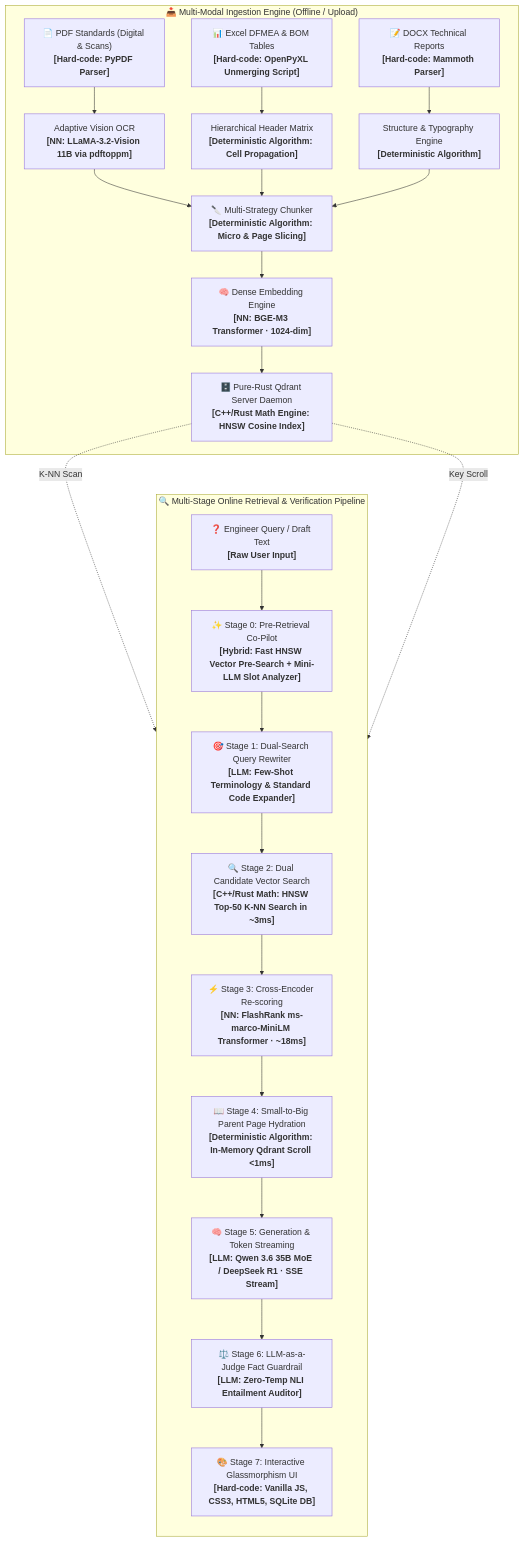
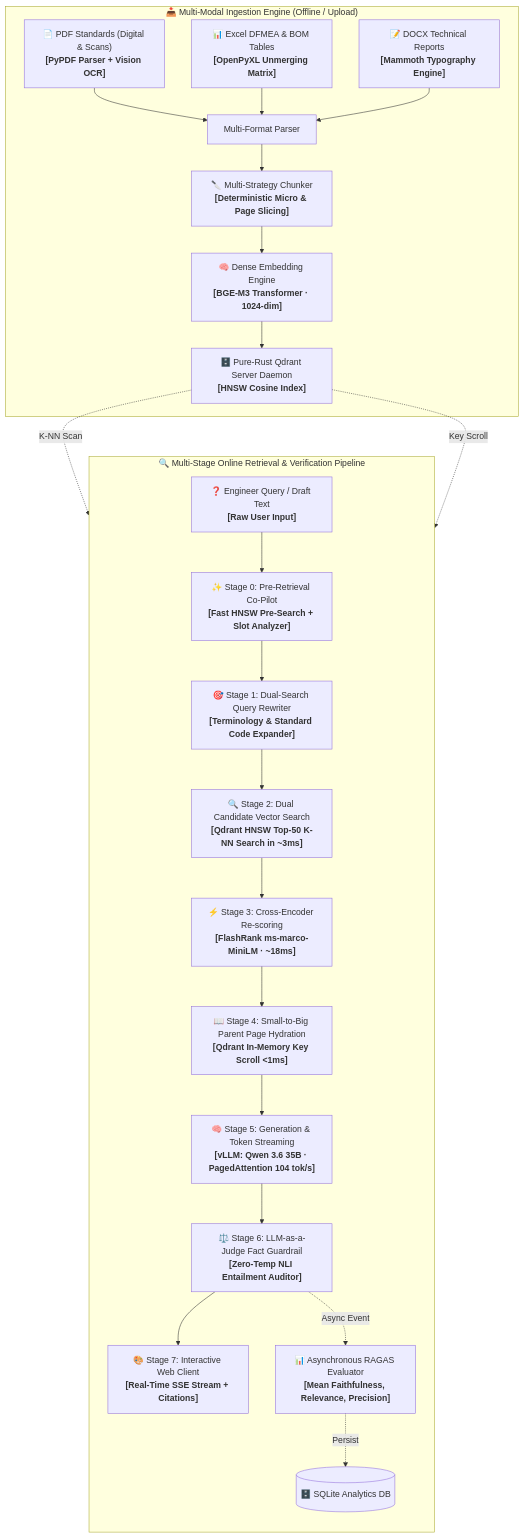
The diagram in README.md (Dynobite/Gas_Enterprise_RAG_Engine), drawn with Mermaid before and after one commit. The commit also changed other lines of this file and 9 other files, not shown here.

````diff
--- a/README.md
+++ b/README.md
@@ -46,33 +84,36 @@
 ```mermaid
 flowchart TD
     subgraph INGESTION ["📥 Multi-Modal Ingestion Engine (Offline / Upload)"]
-        PDF["📄 PDF Standards (Digital & Scans)<br/><b>[Hard-code: PyPDF Parser]</b>"] --> OCR["Adaptive Vision OCR<br/><b>[NN: LLaMA-3.2-Vision 11B via pdftoppm]</b>"]
-        XLS["📊 Excel DFMEA & BOM Tables<br/><b>[Hard-code: OpenPyXL Unmerging Script]</b>"] --> UNMERGE["Hierarchical Header Matrix<br/><b>[Deterministic Algorithm: Cell Propagation]</b>"]
-        DOC["📝 DOCX Technical Reports<br/><b>[Hard-code: Mammoth Parser]</b>"] --> MAM["Structure & Typography Engine<br/><b>[Deterministic Algorithm]</b>"]
+        PDF["📄 PDF Standards (Digital & Scans)<br/><b>[PyPDF Parser + Vision OCR]</b>"] --> PARSE["Multi-Format Parser"]
+        XLS["📊 Excel DFMEA & BOM Tables<br/><b>[OpenPyXL Unmerging Matrix]</b>"] --> PARSE
+        DOC["📝 DOCX Technical Reports<br/><b>[Mammoth Typography Engine]</b>"] --> PARSE
         
-        OCR & UNMERGE & MAM --> CHUNK["🔪 Multi-Strategy Chunker<br/><b>[Deterministic Algorithm: Micro & Page Slicing]</b>"]
-        CHUNK --> EMB["🧠 Dense Embedding Engine<br/><b>[NN: BGE-M3 Transformer · 1024-dim]</b>"]
-        EMB --> QDR["🗄️ Pure-Rust Qdrant Server Daemon<br/><b>[C++/Rust Math Engine: HNSW Cosine Index]</b>"]
+        PARSE --> CHUNK["🔪 Multi-Strategy Chunker<br/><b>[Deterministic Micro & Page Slicing]</b>"]
+        CHUNK --> EMB["🧠 Dense Embedding Engine<br/><b>[BGE-M3 Transformer · 1024-dim]</b>"]
+        EMB --> QDR["🗄️ Pure-Rust Qdrant Server Daemon<br/><b>[HNSW Cosine Index]</b>"]
     end
 
     subgraph ONLINE ["🔍 Multi-Stage Online Retrieval & Verification Pipeline"]
         direction TB
-        UQ["❓ Engineer Query / Draft Text<br/><b>[Raw User Input]</b>"] --> COPILOT["✨ Stage 0: Pre-Retrieval Co-Pilot<br/><b>[Hybrid: Fast HNSW Vector Pre-Search + Mini-LLM Slot Analyzer]</b>"]
+        UQ["❓ Engineer Query / Draft Text<br/><b>[Raw User Input]</b>"] --> COPILOT["✨ Stage 0: Pre-Retrieval Co-Pilot<br/><b>[Fast HNSW Pre-Search + Slot Analyzer]</b>"]
         
-        COPILOT --> REWRITE["🎯 Stage 1: Dual-Search Query Rewriter<br/><b>[LLM: Few-Shot Terminology & Standard Code Expander]</b>"]
+        COPILOT --> REWRITE["🎯 Stage 1: Dual-Search Query Rewriter<br/><b>[Terminology & Standard Code Expander]</b>"]
         
-        REWRITE --> DUAL["🔍 Stage 2: Dual Candidate Vector Search<br/><b>[C++/Rust Math: HNSW Top-50 K-NN Search in ~3ms]</b>"]
+        REWRITE --> DUAL["🔍 Stage 2: Dual Candidate Vector Search<br/><b>[Qdrant HNSW Top-50 K-NN Search in ~3ms]</b>"]
         QDR -.->|"K-NN Scan"| DUAL
         
-        DUAL --> RERANK["⚡ Stage 3: Cross-Encoder Re-scoring<br/><b>[NN: FlashRank ms-marco-MiniLM Transformer · ~18ms]</b>"]
+        DUAL --> RERANK["⚡ Stage 3: Cross-Encoder Re-scoring<br/><b>[FlashRank ms-marco-MiniLM · ~18ms]</b>"]
         
-        RERANK --> HYDRATE["📖 Stage 4: Small-to-Big Parent Page Hydration<br/><b>[Deterministic Algorithm: In-Memory Qdrant Scroll <1ms]</b>"]
+        RERANK --> HYDRATE["📖 Stage 4: Small-to-Big Parent Page Hydration<br/><b>[Qdrant In-Memory Key Scroll <1ms]</b>"]
         QDR -.->|"Key Scroll"| HYDRATE
         
-        HYDRATE --> GEN["🧠 Stage 5: Generation & Token Streaming<br/><b>[LLM: Qwen 3.6 35B MoE / DeepSeek R1 · SSE Stream]</b>"]
+        HYDRATE --> GEN["🧠 Stage 5: Generation & Token Streaming<br/><b>[vLLM: Qwen 3.6 35B · PagedAttention 104 tok/s]</b>"]
         
-        GEN --> JUDGE["⚖️ Stage 6: LLM-as-a-Judge Fact Guardrail<br/><b>[LLM: Zero-Temp NLI Entailment Auditor]</b>"]
+        GEN --> JUDGE["⚖️ Stage 6: LLM-as-a-Judge Fact Guardrail<br/><b>[Zero-Temp NLI Entailment Auditor]</b>"]
         
-        JUDGE --> UI["🎨 Stage 7: Interactive Glassmorphism UI<br/><b>[Hard-code: Vanilla JS, CSS3, HTML5, SQLite DB]</b>"]
+        JUDGE --> UI["🎨 Stage 7: Interactive Web Client<br/><b>[Real-Time SSE Stream + Citations]</b>"]
+        
+        JUDGE -.->|"Async Event"| RAGAS["📊 Asynchronous RAGAS Evaluator<br/><b>[Mean Faithfulness, Relevance, Precision]</b>"]
+        RAGAS -.->|"Persist"| DB[("🗄️ SQLite Analytics DB")]
     end
 ```
````
